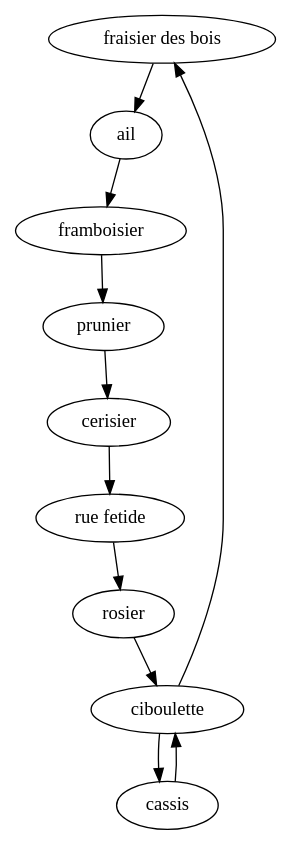
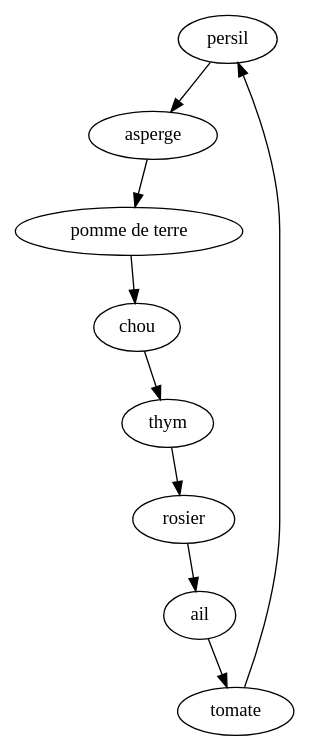
The diagram in output.dot (howdrox/Our-Garden), drawn with Graphviz before and after one commit. The commit also changed 2 other files, not shown here.

```diff
--- a/output.dot
+++ b/output.dot
@@ -1,12 +1,10 @@
 digraph {
- "fraisier des bois" -> "ail"
- "ail" -> "framboisier"
- "framboisier" -> "prunier"
- "prunier" -> "cerisier"
- "cerisier" -> "rue fetide"
- "rue fetide" -> "rosier"
- "rosier" -> "ciboulette"
- "ciboulette" -> "cassis"
- "cassis" -> "ciboulette"
- "ciboulette" -> "fraisier des bois"
+ "persil" -> "asperge"
+ "asperge" -> "pomme de terre"
+ "pomme de terre" -> "chou"
+ "chou" -> "thym"
+ "thym" -> "rosier"
+ "rosier" -> "ail"
+ "ail" -> "tomate"
+ "tomate" -> "persil"
 }
```
